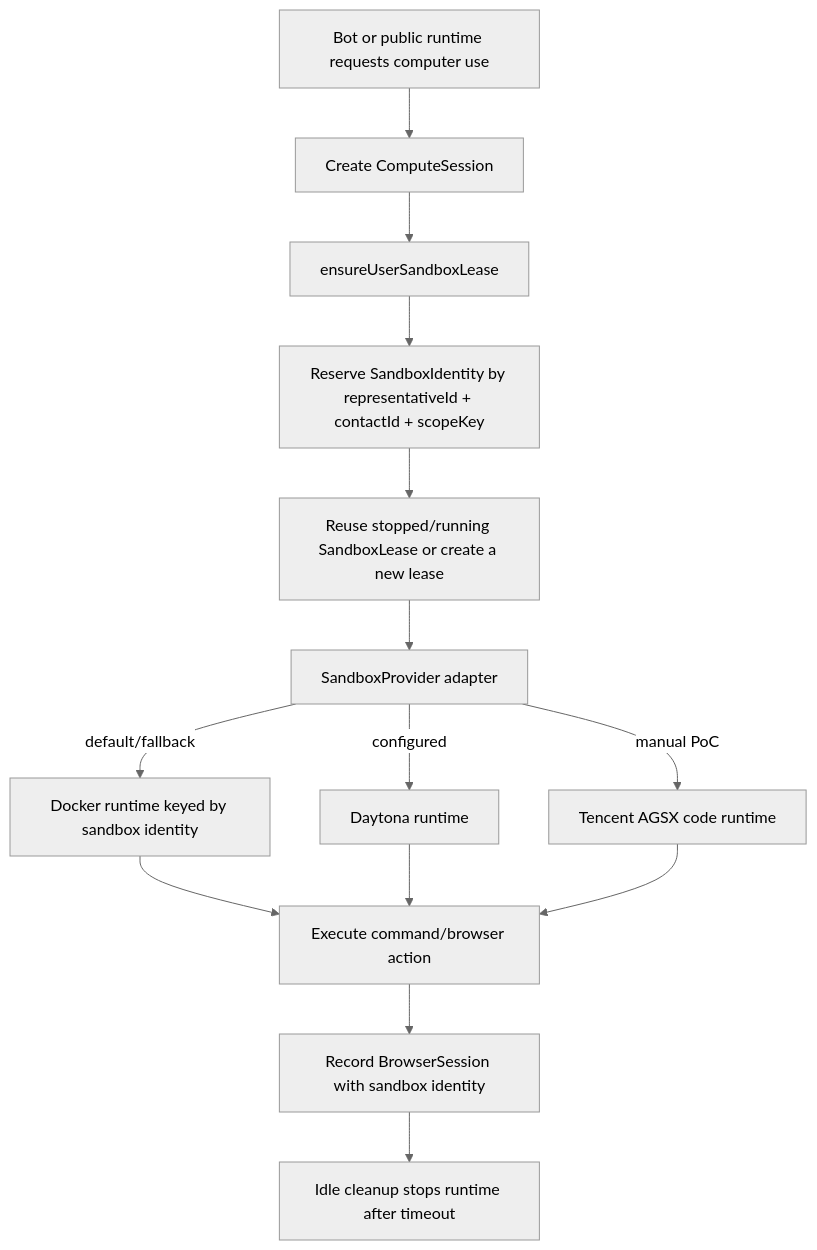
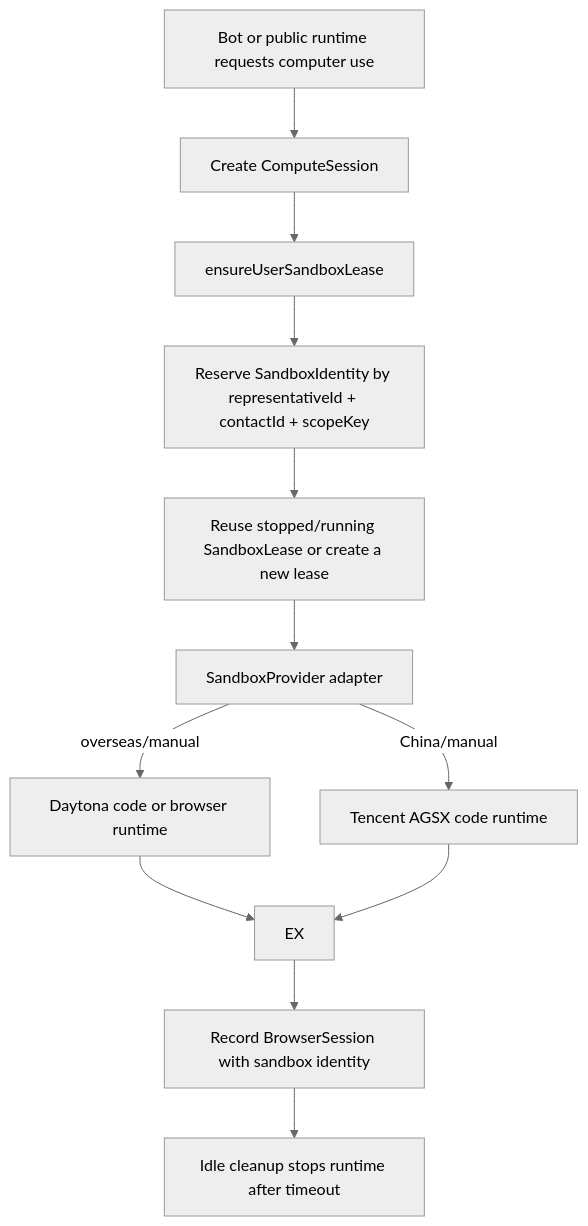
One commit to BIFNC-TEAM/Delegate changed the diagram in docs/per-user-sandbox-runtime.md. Above: the diagram before and after it, drawn with Mermaid (neutral theme). The commit also changed other lines of this file and 75 other files, not shown here.

````diff
--- a/docs/per-user-sandbox-runtime.md
+++ b/docs/per-user-sandbox-runtime.md
@@ -21,16 +21,14 @@
 ```mermaid
 flowchart TD
     Bot["Bot or public runtime requests computer use"] --> CS["Create ComputeSession"]
     CS --> EUS["ensureUserSandboxLease"]
     EUS --> SI["Reserve SandboxIdentity by representativeId + contactId + scopeKey"]
     SI --> SL["Reuse stopped/running SandboxLease or create a new lease"]
     SL --> SP["SandboxProvider adapter"]
-    SP -->|"default/fallback"| Docker["Docker runtime keyed by sandbox identity"]
-    SP -->|"configured"| Daytona["Daytona runtime"]
-    SP -->|"manual PoC"| Tencent["Tencent AGSX code runtime"]
-    Docker --> EX["Execute command/browser action"]
+    SP -->|"overseas/manual"| Daytona["Daytona code or browser runtime"]
+    SP -->|"China/manual"| Tencent["Tencent AGSX code runtime"]
     Daytona --> EX
     Tencent --> EX
     EX --> BS["Record BrowserSession with sandbox identity"]
     BS --> IDLE["Idle cleanup stops runtime after timeout"]
 ```
````
